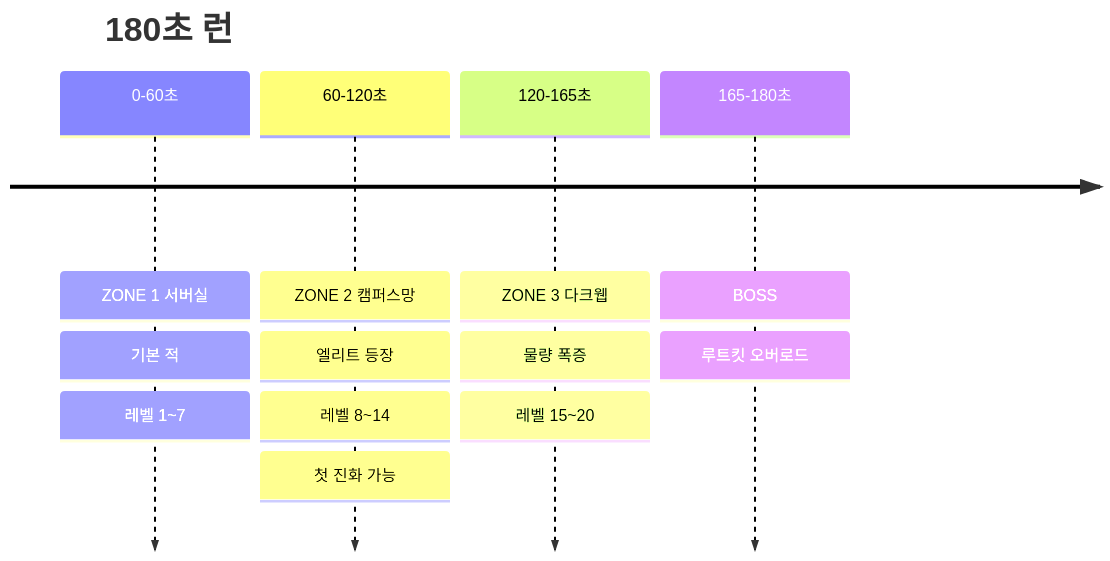
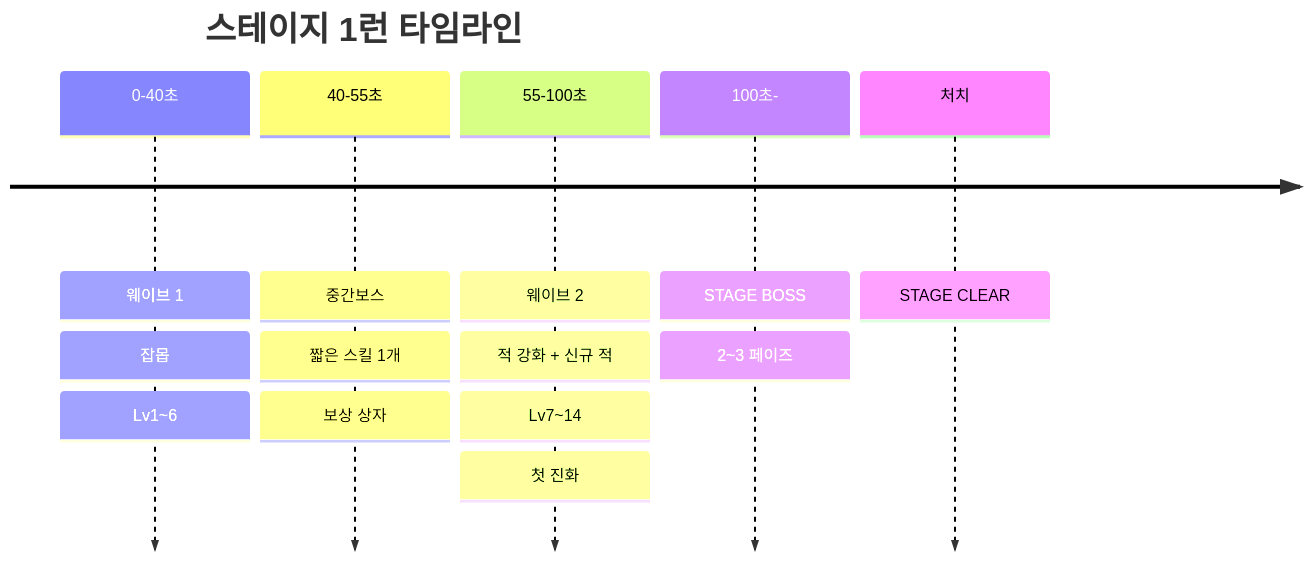
Before and after one commit to Heptagon372/OwlGames: the diagram in OWLSURVIVORS_GDD.md, drawn with Mermaid. The commit also changed other lines of this file and 32 other files, not shown here.

````diff
--- a/OWLSURVIVORS_GDD.md
+++ b/OWLSURVIVORS_GDD.md
@@ -42,8 +45,9 @@
 ```mermaid
 timeline
-    title 180초 런
-    0-60초   : ZONE 1 서버실 : 기본 적 : 레벨 1~7
-    60-120초 : ZONE 2 캠퍼스망 : 엘리트 등장 : 레벨 8~14 : 첫 진화 가능
-    120-165초: ZONE 3 다크웹 : 물량 폭증 : 레벨 15~20
-    165-180초: BOSS : 루트킷 오버로드
+    title 스테이지 1런 타임라인
+    0-40초    : 웨이브 1 : 잡몹 : Lv1~6
+    40-55초   : 중간보스 : 짧은 스킬 1개 : 보상 상자
+    55-100초  : 웨이브 2 : 적 강화 + 신규 적 : Lv7~14 : 첫 진화
+    100초-    : STAGE BOSS : 2~3 페이즈
+    처치      : STAGE CLEAR
 ```
````
